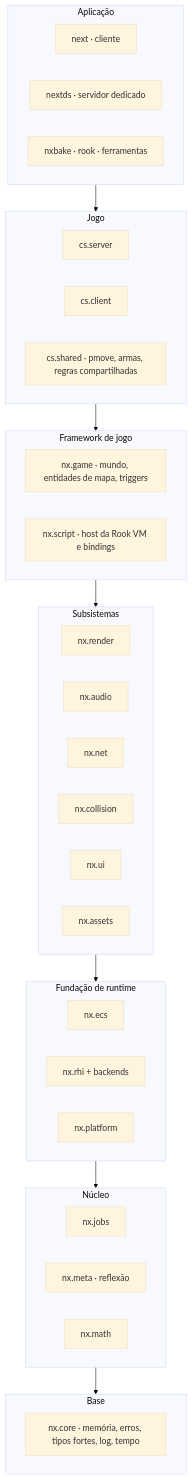
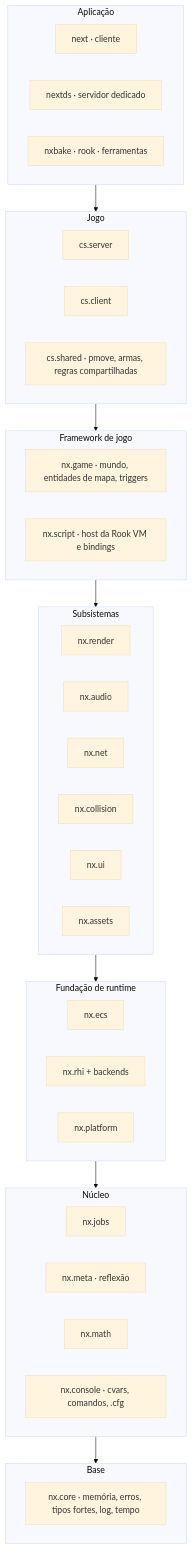
The first of 4 diagrams in docs/01-arquitetura.md (BRUN0R2/modern-client.v2), drawn with Mermaid (base theme) before and after one commit. The commit also changed other lines of this file and 24 other files, not shown here.

First line of the commit message:
feat(console): typed cvars, commands and the .cfg language (nx.console)

````diff
--- a/docs/01-arquitetura.md
+++ b/docs/01-arquitetura.md
@@ -9,39 +9,40 @@
 ```mermaid
 flowchart TB
     subgraph L6[Aplicação]
         APP_C[next · cliente]
         APP_S[nextds · servidor dedicado]
         TOOLS[nxbake · rook · ferramentas]
     end
     subgraph L5[Jogo]
         CS_SV[cs.server]
         CS_CL[cs.client]
         CS_SH[cs.shared · pmove, armas, regras compartilhadas]
     end
     subgraph L4[Framework de jogo]
         GAME[nx.game · mundo, entidades de mapa, triggers]
         SCRIPT[nx.script · host da Rook VM e bindings]
     end
     subgraph L3[Subsistemas]
         RENDER[nx.render]
         AUDIO[nx.audio]
         NET[nx.net]
         COLL[nx.collision]
         UI[nx.ui]
         ASSETS[nx.assets]
     end
     subgraph L2[Fundação de runtime]
         ECS[nx.ecs]
         RHI[nx.rhi + backends]
         PLAT[nx.platform]
     end
     subgraph L1[Núcleo]
         JOBS[nx.jobs]
         META[nx.meta · reflexão]
         MATH[nx.math]
+        CONSOLE[nx.console · cvars, comandos, .cfg]
     end
     subgraph L0[Base]
         CORE[nx.core · memória, erros, tipos fortes, log, tempo]
     end
     L6 --> L5 --> L4 --> L3 --> L2 --> L1 --> L0
 ```
````
